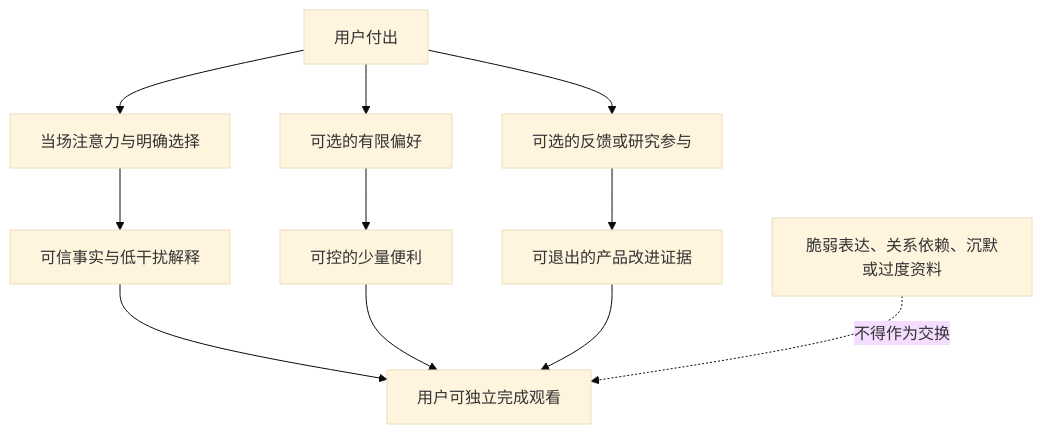
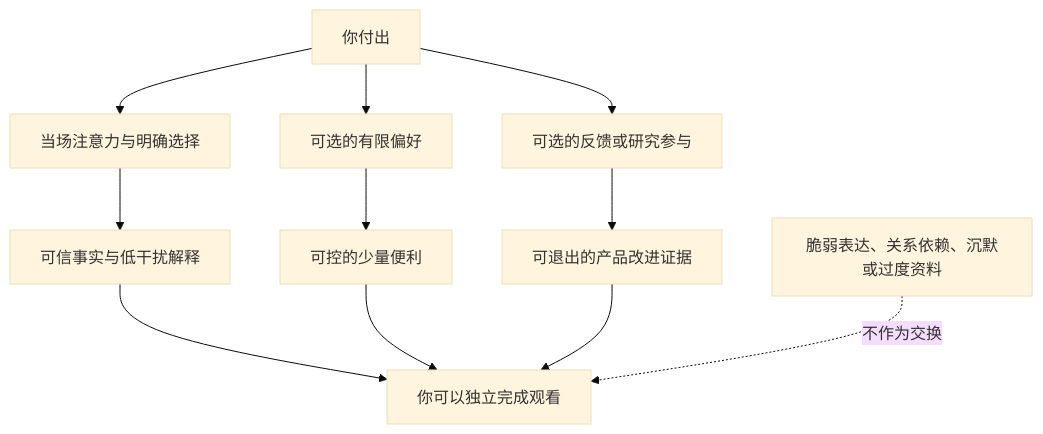
Before and after one commit to weiz98417-crypto/qiuqiu: the second of 2 diagrams in docs/球球全套资料/2.用户与价值定义/09-用户任务、痛点与价值主张.md, drawn with Mermaid (base theme). The commit also changed other lines of this file and 11 other files, not shown here.

````diff
--- a/docs/球球全套资料/2.用户与价值定义/09-用户任务、痛点与价值主张.md
+++ b/docs/球球全套资料/2.用户与价值定义/09-用户任务、痛点与价值主张.md
@@ -285,13 +147,13 @@
 ```mermaid
 flowchart TD
-    A[用户付出] --> B[当场注意力与明确选择]
+    A[你付出] --> B[当场注意力与明确选择]
     A --> C[可选的有限偏好]
     A --> D[可选的反馈或研究参与]
     B --> E[可信事实与低干扰解释]
     C --> F[可控的少量便利]
     D --> G[可退出的产品改进证据]
-    E --> H[用户可独立完成观看]
+    E --> H[你可以独立完成观看]
     F --> H
     G --> H
-    X[脆弱表达、关系依赖、沉默或过度资料] -.不得作为交换.-> H
+    X[脆弱表达、关系依赖、沉默或过度资料] -.不作为交换.-> H
 ```
````
